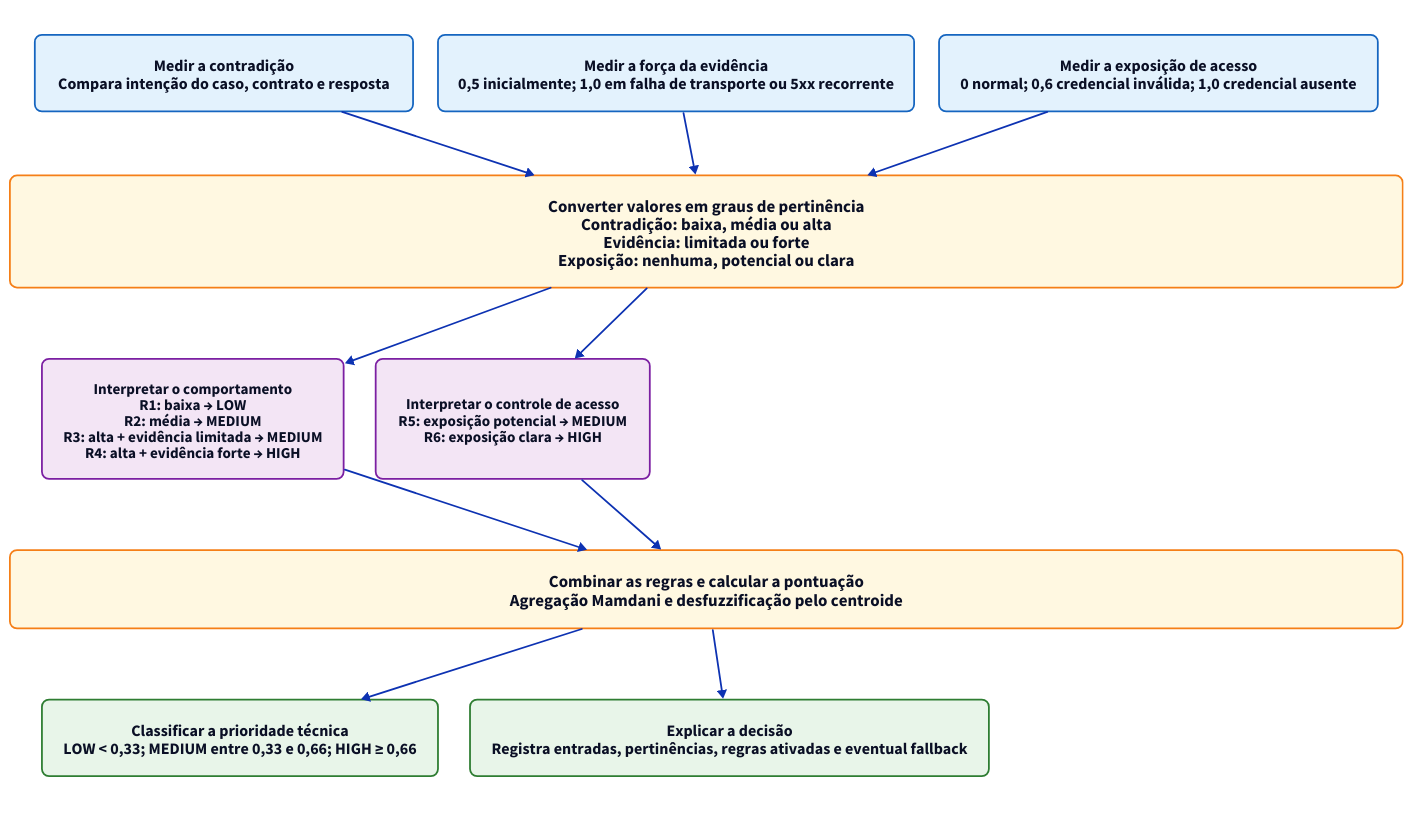
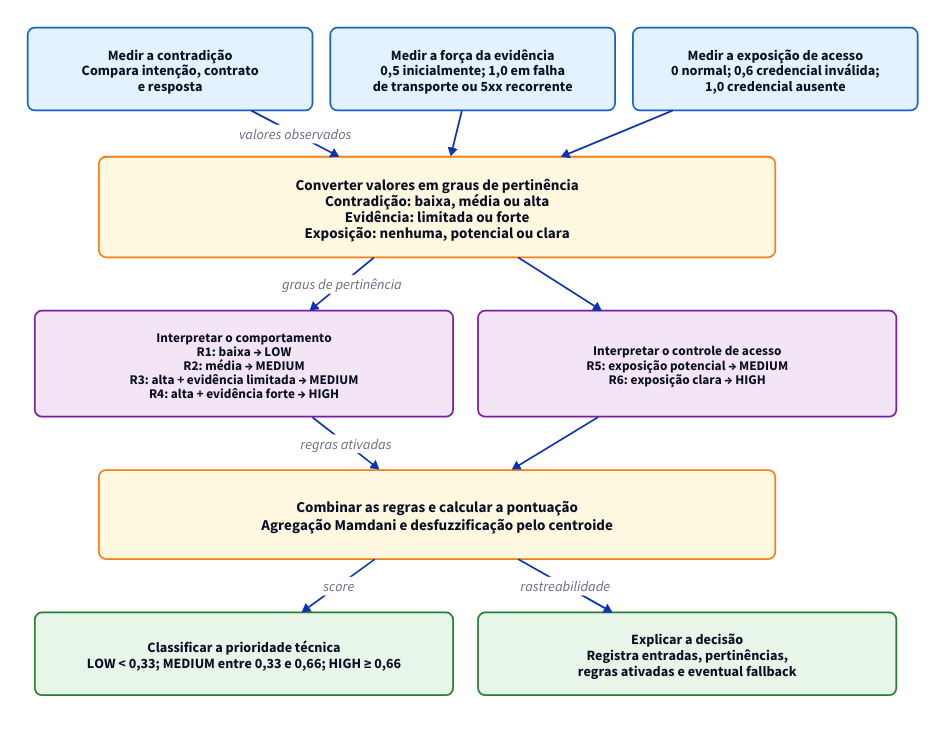
Before and after one commit to Levi-21545/api-fuzzer: the diagram in docs/Diagrams/fuzzy-prioritization.d2, drawn with D2. The commit also changed 3 other files, not shown here.

Commit message:
docs: adjust figure width for fuzzy prioritization diagram in results section

```diff
--- a/docs/Diagrams/fuzzy-prioritization.d2
+++ b/docs/Diagrams/fuzzy-prioritization.d2
@@ -1,112 +1,144 @@
 # Fluxo auditável do sistema fuzzy Mamdani
 # d2 --layout elk --pad 32 fuzzy-prioritization.d2 fuzzy-prioritization.svg
 
 direction: down
 grid-columns: 1
-grid-gap: 44
+grid-gap: 32
 style.fill: "#FFFFFF"
 
 classes: {
   input: {
     style: {
       fill: "#E3F2FD"
       stroke: "#1565C0"
       stroke-width: 2
       border-radius: 8
-      font-size: 18
+      font-size: 16
     }
   }
   process: {
     style: {
       fill: "#FFF8E1"
       stroke: "#F57F17"
       stroke-width: 2
       border-radius: 8
-      font-size: 19
+      font-size: 17
     }
   }
   rules: {
     style: {
       fill: "#F3E5F5"
       stroke: "#7B1FA2"
       stroke-width: 2
       border-radius: 8
-      font-size: 17
+      font-size: 15
     }
   }
   output: {
     style: {
       fill: "#E8F5E9"
       stroke: "#2E7D32"
       stroke-width: 2
       border-radius: 8
-      font-size: 18
+      font-size: 16
     }
   }
   row: {
     style: {
       fill: transparent
       stroke: transparent
     }
   }
-}
-
-inputs: "" {
-  grid-columns: 3
-  grid-gap: 28
-  class: row
-
-  behavior: "Medir a contradição\nCompara intenção do caso, contrato e resposta" {
-    class: input
-  }
-  evidence: "Medir a força da evidência\n0,5 inicialmente; 1,0 em falha de transporte ou 5xx recorrente" {
-    class: input
-  }
-  access: "Medir a exposição de acesso\n0 normal; 0,6 credencial inválida; 1,0 credencial ausente" {
-    class: input
+  spacer: {
+    style: {
+      fill: transparent
+      stroke: transparent
+      opacity: 0
+    }
   }
 }
 
-fuzzification: "Converter valores em graus de pertinência\nContradição: baixa, média ou alta\nEvidência: limitada ou forte\nExposição: nenhuma, potencial ou clara" {
-  class: process
+input_row: "" {
+  grid-columns: 3
+  grid-gap: 20
+  class: row
+
+  behavior: "Medir a contradição\nCompara intenção, contrato\ne resposta" {
+    class: input
+    width: 320
+  }
+  evidence: "Medir a força da evidência\n0,5 inicialmente; 1,0 em falha\nde transporte ou 5xx recorrente" {
+    class: input
+    width: 320
+  }
+  access: "Medir a exposição de acesso\n0 normal; 0,6 credencial inválida;\n1,0 credencial ausente" {
+    class: input
+    width: 320
+  }
 }
 
-rule_base: "" {
+fuzz_row: "" {
+  grid-columns: 3
+  grid-gap: 0
+  class: row
+
+  fuzz_left: "" { class: spacer }
+  fuzzification: "Converter valores em graus de pertinência\nContradição: baixa, média ou alta\nEvidência: limitada ou forte\nExposição: nenhuma, potencial ou clara" {
+    class: process
+    width: 760
+  }
+  fuzz_right: "" { class: spacer }
+}
+
+rule_row: "" {
   grid-columns: 2
-  grid-gap: 36
+  grid-gap: 28
   class: row
 
   behavior_rules: "Interpretar o comportamento\nR1: baixa → LOW\nR2: média → MEDIUM\nR3: alta + evidência limitada → MEDIUM\nR4: alta + evidência forte → HIGH" {
     class: rules
+    width: 470
   }
   access_rules: "Interpretar o controle de acesso\nR5: exposição potencial → MEDIUM\nR6: exposição clara → HIGH" {
     class: rules
+    width: 470
   }
 }
 
-inference: "Combinar as regras e calcular a pontuação\nAgregação Mamdani e desfuzzificação pelo centroide" {
-  class: process
+inference_row: "" {
+  grid-columns: 3
+  grid-gap: 0
+  class: row
+
+  inference_left: "" { class: spacer }
+  inference: "Combinar as regras e calcular a pontuação\nAgregação Mamdani e desfuzzificação pelo centroide" {
+    class: process
+    width: 760
+  }
+  inference_right: "" { class: spacer }
 }
 
-outputs: "" {
+output_row: "" {
   grid-columns: 2
-  grid-gap: 36
+  grid-gap: 28
   class: row
 
   priority: "Classificar a prioridade técnica\nLOW < 0,33; MEDIUM entre 0,33 e 0,66; HIGH ≥ 0,66" {
     class: output
+    width: 470
   }
-  audit: "Explicar a decisão\nRegistra entradas, pertinências, regras ativadas e eventual fallback" {
+  audit: "Explicar a decisão\nRegistra entradas, pertinências,\nregras ativadas e eventual fallback" {
     class: output
+    width: 470
   }
 }
 
-inputs.behavior -> fuzzification
-inputs.evidence -> fuzzification
-inputs.access -> fuzzification
-fuzzification -> rule_base.behavior_rules
-fuzzification -> rule_base.access_rules
-rule_base.behavior_rules -> inference
-rule_base.access_rules -> inference
-inference -> outputs.priority
-inference -> outputs.audit
+input_row.behavior -> fuzz_row.fuzzification: "valores observados"
+input_row.evidence -> fuzz_row.fuzzification
+input_row.access -> fuzz_row.fuzzification
+fuzz_row.fuzzification -> rule_row.behavior_rules: "graus de pertinência"
+fuzz_row.fuzzification -> rule_row.access_rules
+rule_row.behavior_rules -> inference_row.inference: "regras ativadas"
+rule_row.access_rules -> inference_row.inference
+inference_row.inference -> output_row.priority: "score"
+inference_row.inference -> output_row.audit: "rastreabilidade"
```
